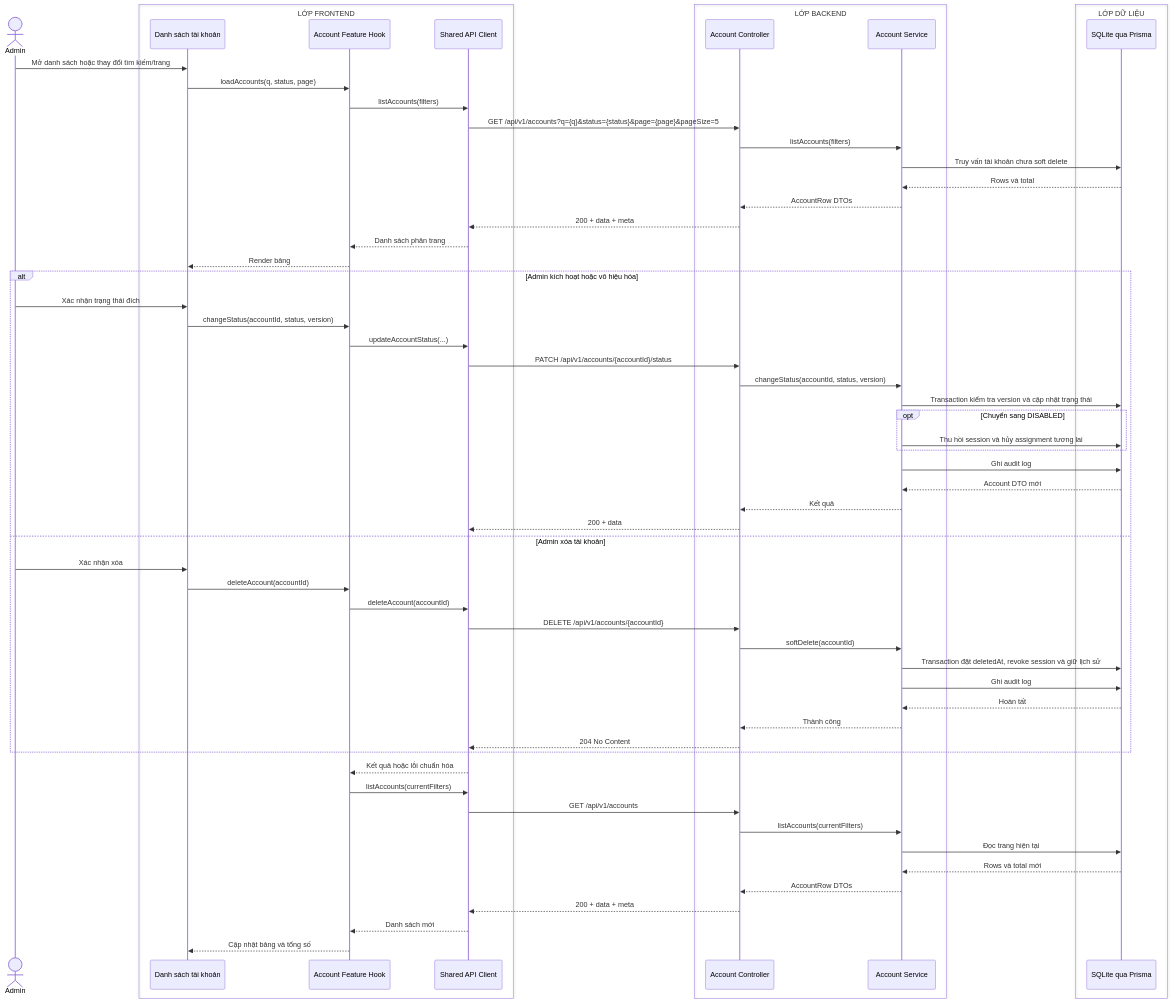
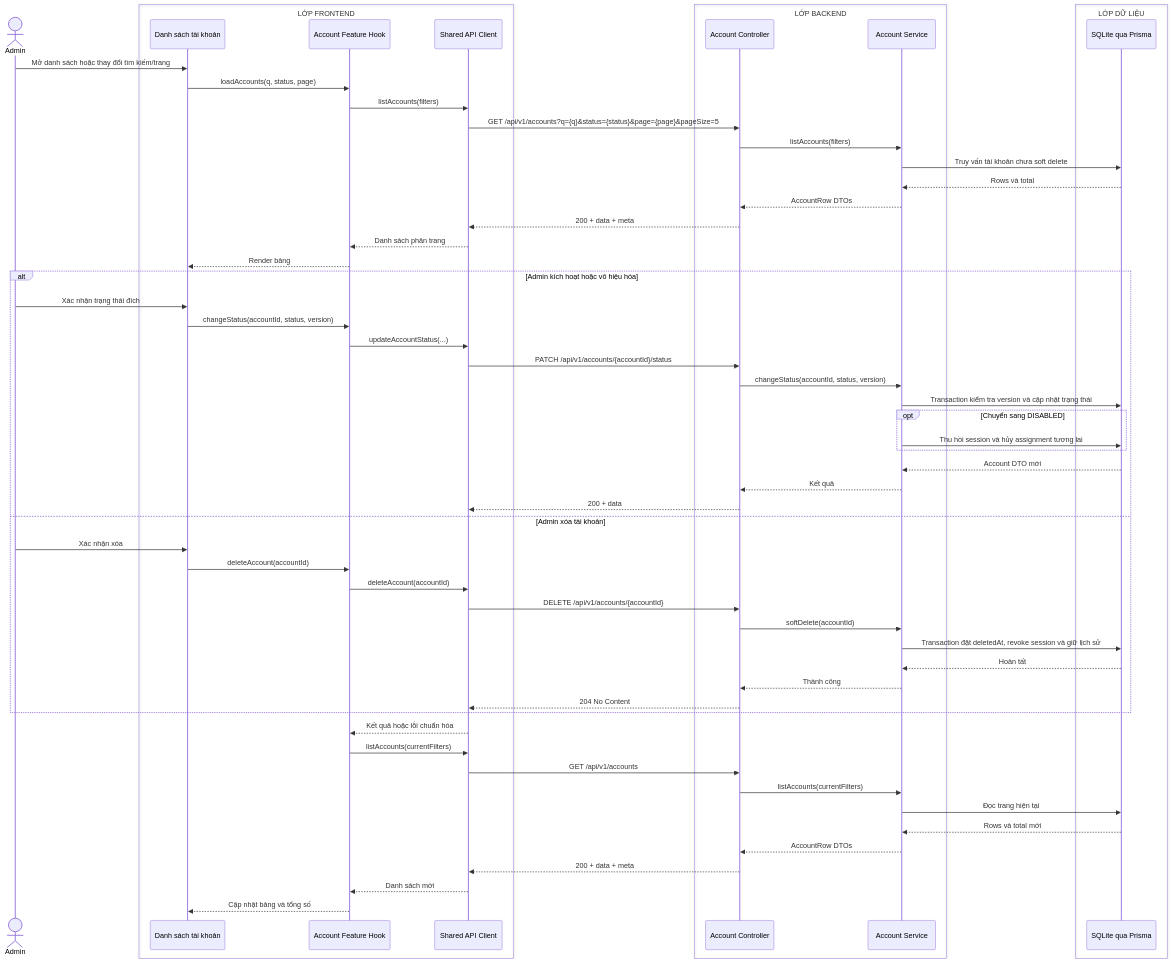
One commit to MINHDZVODICH/ctv-manage changed the diagram in docs/sequence-diagrams/09-quan-ly-tai-khoan.md. Above: the diagram before and after it, drawn with Mermaid. The commit also changed other lines of this file and 89 other files, not shown here.

````diff
--- a/docs/sequence-diagrams/09-quan-ly-tai-khoan.md
+++ b/docs/sequence-diagrams/09-quan-ly-tai-khoan.md
@@ -5,66 +5,64 @@
 ```mermaid
 sequenceDiagram
     actor A as Admin
     box LỚP FRONTEND
         participant UI as Danh sách tài khoản
         participant H as Account Feature Hook
         participant API as Shared API Client
     end
     box LỚP BACKEND
         participant C as Account Controller
         participant S as Account Service
     end
     box LỚP DỮ LIỆU
         participant DB as SQLite qua Prisma
     end
 
     A->>UI: Mở danh sách hoặc thay đổi tìm kiếm/trang
     UI->>H: loadAccounts(q, status, page)
     H->>API: listAccounts(filters)
     API->>C: GET /api/v1/accounts?q={q}&status={status}&page={page}&pageSize=5
     C->>S: listAccounts(filters)
     S->>DB: Truy vấn tài khoản chưa soft delete
     DB-->>S: Rows và total
     S-->>C: AccountRow DTOs
     C-->>API: 200 + data + meta
     API-->>H: Danh sách phân trang
     H-->>UI: Render bảng
 
     alt Admin kích hoạt hoặc vô hiệu hóa
         A->>UI: Xác nhận trạng thái đích
         UI->>H: changeStatus(accountId, status, version)
         H->>API: updateAccountStatus(...)
         API->>C: PATCH /api/v1/accounts/{accountId}/status
         C->>S: changeStatus(accountId, status, version)
         S->>DB: Transaction kiểm tra version và cập nhật trạng thái
         opt Chuyển sang DISABLED
             S->>DB: Thu hồi session và hủy assignment tương lai
         end
-        S->>DB: Ghi audit log
         DB-->>S: Account DTO mới
         S-->>C: Kết quả
         C-->>API: 200 + data
     else Admin xóa tài khoản
         A->>UI: Xác nhận xóa
         UI->>H: deleteAccount(accountId)
         H->>API: deleteAccount(accountId)
         API->>C: DELETE /api/v1/accounts/{accountId}
         C->>S: softDelete(accountId)
         S->>DB: Transaction đặt deletedAt, revoke session và giữ lịch sử
-        S->>DB: Ghi audit log
         DB-->>S: Hoàn tất
         S-->>C: Thành công
         C-->>API: 204 No Content
     end
 
     API-->>H: Kết quả hoặc lỗi chuẩn hóa
     H->>API: listAccounts(currentFilters)
     API->>C: GET /api/v1/accounts
     C->>S: listAccounts(currentFilters)
     S->>DB: Đọc trang hiện tại
     DB-->>S: Rows và total mới
     S-->>C: AccountRow DTOs
     C-->>API: 200 + data + meta
     API-->>H: Danh sách mới
     H-->>UI: Cập nhật bảng và tổng số
 ```
````
